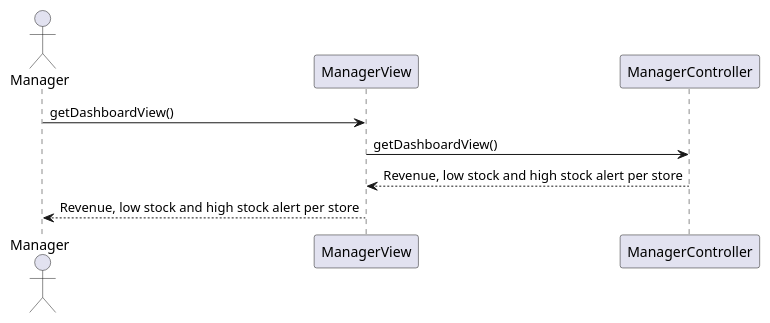
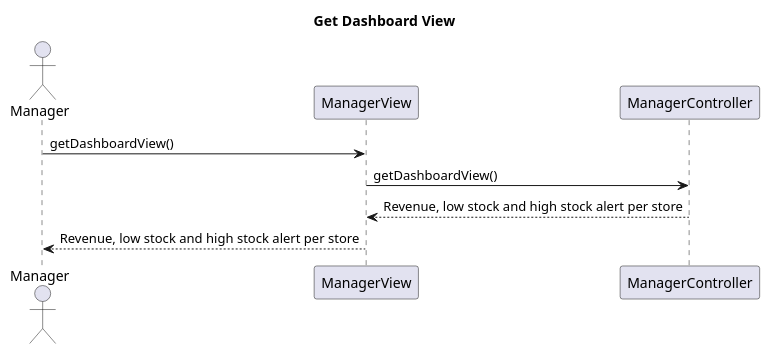
The diagram in docs/UML/process/get-dashboard-view.puml (ThePhobosDeimosSuite/laboratoire-0_log430), drawn with PlantUML before and after one commit. The commit also changed 15 other files, not shown here.

```diff
--- a/docs/UML/process/get-dashboard-view.puml
+++ b/docs/UML/process/get-dashboard-view.puml
@@ -1,8 +1,9 @@
 @startuml get-dashboard-view
+title Get Dashboard View
 actor Manager
 
 Manager -> ManagerView : getDashboardView()
 ManagerView -> ManagerController : getDashboardView()
 ManagerController --> ManagerView  : Revenue, low stock and high stock alert per store
 ManagerView --> Manager : Revenue, low stock and high stock alert per store
 @enduml
```
